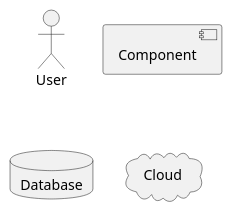
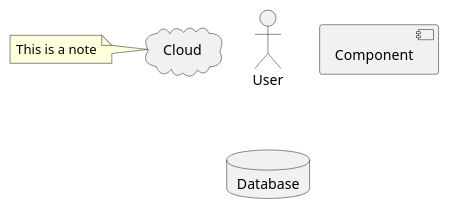
One commit to dotmpe/node-sitefile changed the diagram in example/plantuml-1.plantuml. Above: the diagram before and after it, drawn with PlantUML. The commit also changed 1 other file, not shown here.

```diff
--- a/example/plantuml-1.plantuml
+++ b/example/plantuml-1.plantuml
@@ -1,14 +1,18 @@
 @startuml
 
 
 actor User
 
 component Component
 
 database Database
 
 cloud Cloud
 
 
+note left of Cloud
+  This is a note
+end note
+
 
 @enduml
```
